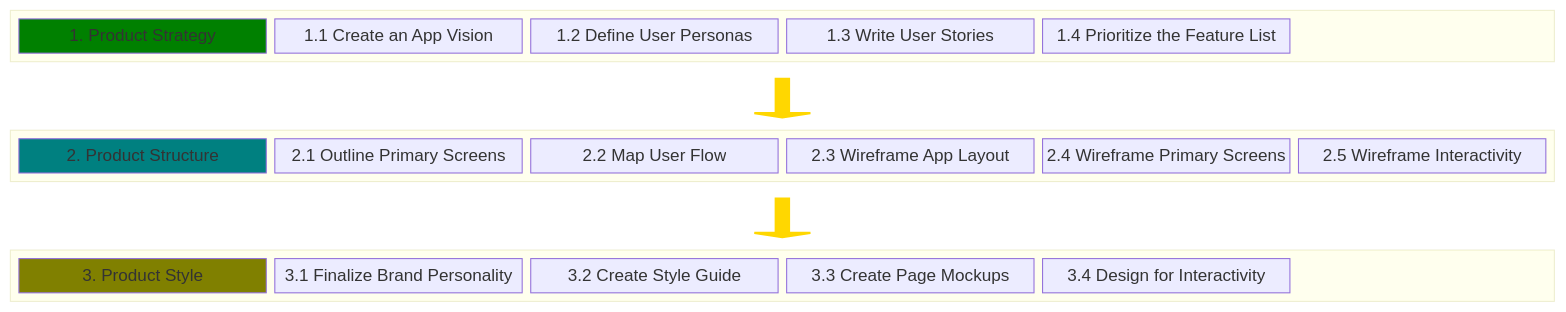
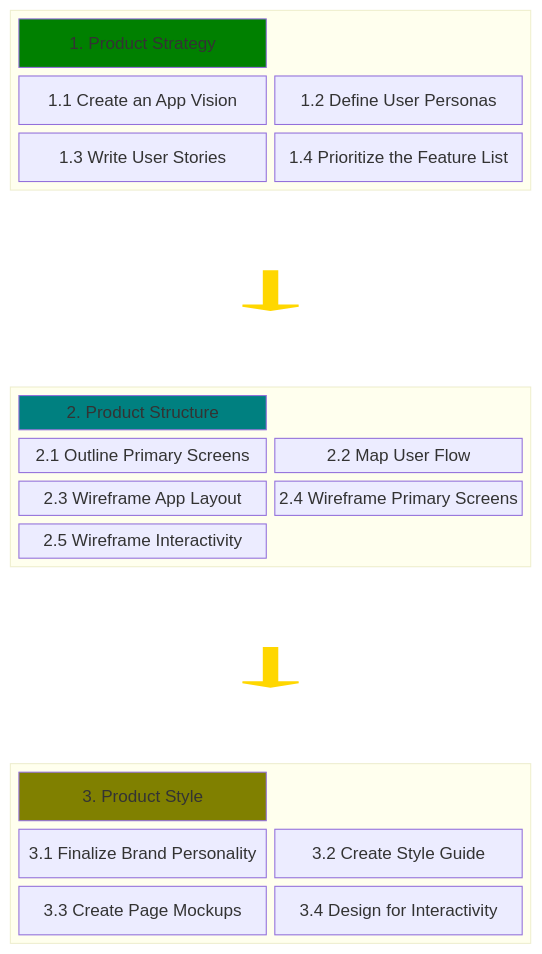
The diagram in docs/resources/techresources/uiux.md (chingu-voyages/Handbook), drawn with Mermaid before and after one commit.

Commit message:
Feature: Add UI/UX workflow process template

````diff
--- a/docs/resources/techresources/uiux.md
+++ b/docs/resources/techresources/uiux.md
@@ -15,38 +15,39 @@
 ```mermaid
 block-beta
 columns 1
   block:STRATEGY
-    columns 6
+    columns 2
     A["1. Product Strategy"]
+    space
     B["1.1 Create an App Vision"]
     C["1.2 Define User Personas"]
     D["1.3 Write User Stories"]
     E["1.4 Prioritize the Feature List"]
-    space
   end
   blockArrowA<["&nbsp;"]>(down)
   block:STRUCTURE
-    columns 6
+    columns 2
     G["2. Product Structure"]
+    space
     H["2.1 Outline Primary Screens"]
     I["2.2 Map User Flow"]
     J["2.3 Wireframe App Layout"]
     K["2.4 Wireframe Primary Screens"]
     L["2.5 Wireframe Interactivity"]
   end
   blockArrowB<["&nbsp;"]>(down)
   block:STYLE
-    columns 6
+    columns 2
     M["3. Product Style"]
+    space
     N["3.1 Finalize Brand Personality"]
     O["3.2 Create Style Guide"]
     P["3.3 Create Page Mockups"]
     Q["3.4 Design for Interactivity"]
-    space
   end
   style A fill:#008000
   style G fill:#008080
   style M fill:#808000
   style blockArrowA fill:#FFD700,stroke:#FFD700,stroke-width:2px
   style blockArrowB fill:#FFD700,stroke:#FFD700,stroke-width:2px
 ```
````
